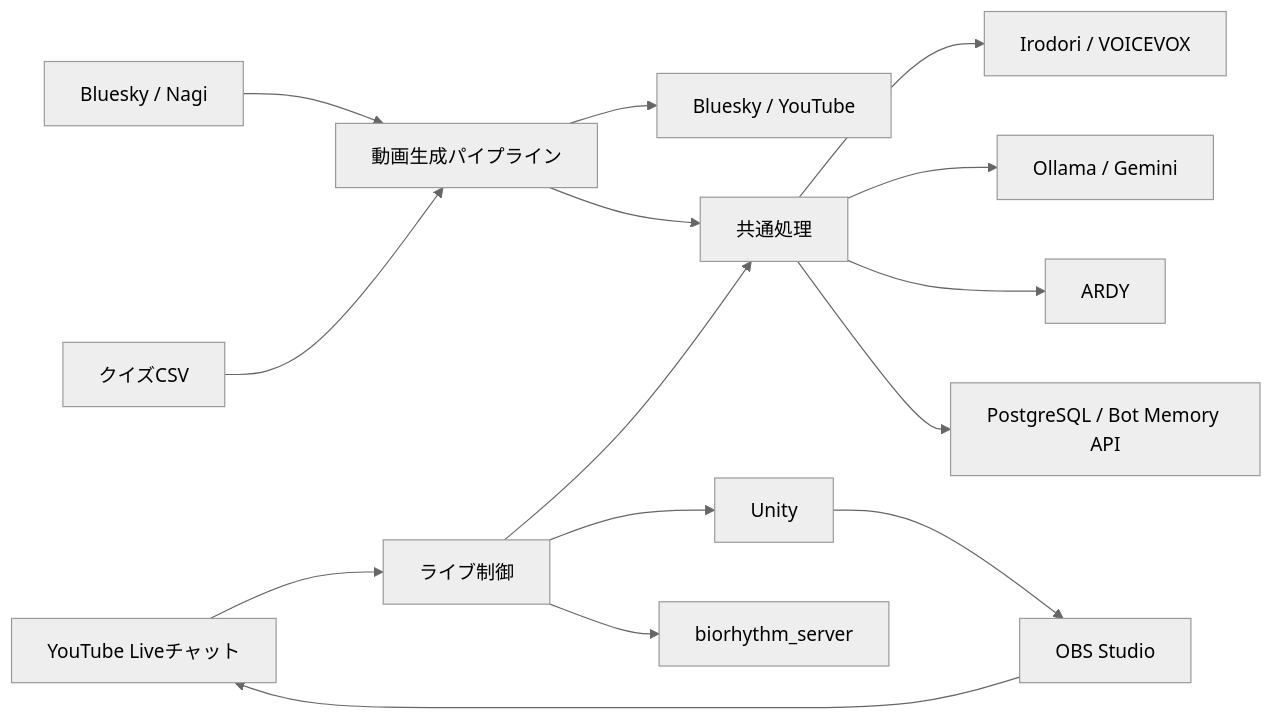
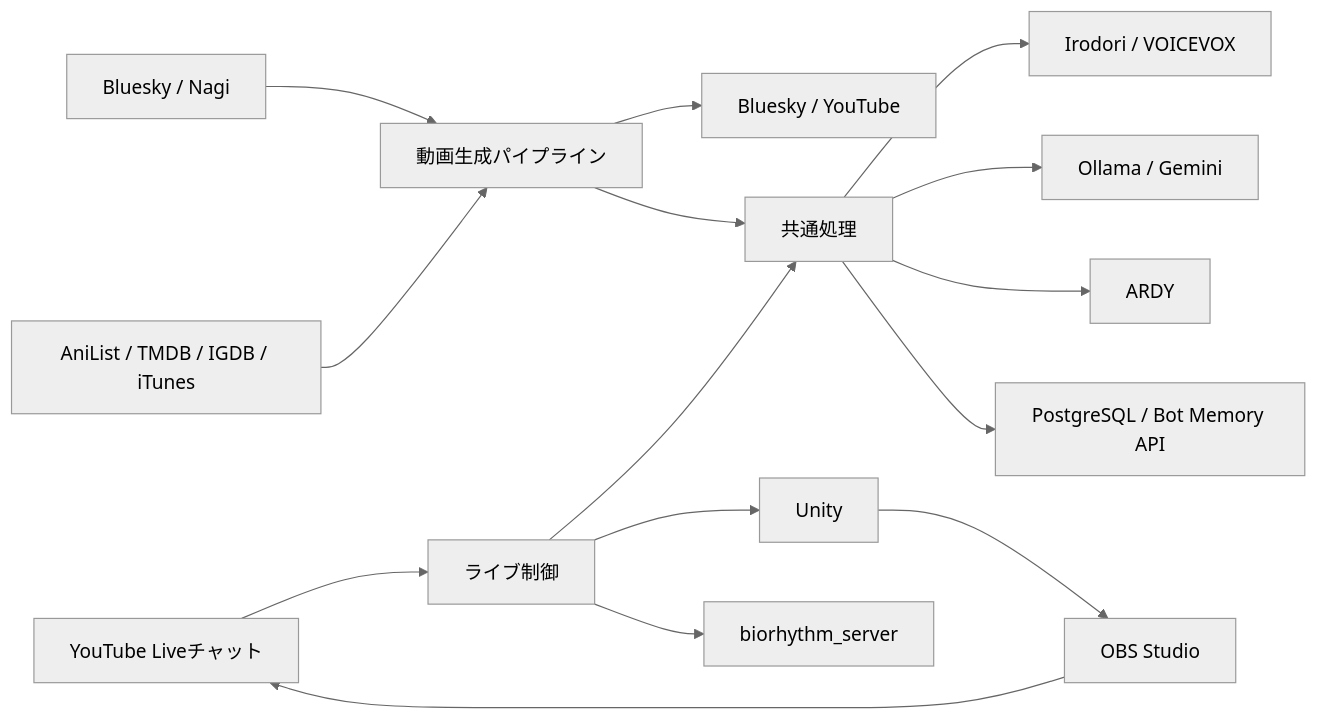
The diagram in README.md (suibari/bot-tan-youtuber), drawn with Mermaid (neutral theme) before and after one commit. The commit also changed other lines of this file and 18 other files, not shown here.

````diff
--- a/README.md
+++ b/README.md
@@ -36,17 +36,17 @@
 ```mermaid
 flowchart LR
     SNS[Bluesky / Nagi] --> Shorts[動画生成パイプライン]
-    Quiz[クイズCSV] --> Shorts
+    Works[AniList / TMDB / IGDB / iTunes] --> Shorts
     Shorts --> Upload[Bluesky / YouTube]
     YouTube[YouTube Liveチャット] --> Live[ライブ制御]
     Live --> Unity[Unity]
     Unity --> OBS[OBS Studio]
     OBS --> YouTube
     Shorts --> Shared[共通処理]
     Live --> Shared
     Shared --> TTS[Irodori / VOICEVOX]
     Shared --> LLM[Ollama / Gemini]
     Shared --> ARDY[ARDY]
     Shared --> DB[PostgreSQL / Bot Memory API]
     Live --> Presence[biorhythm_server]
 ```
````
